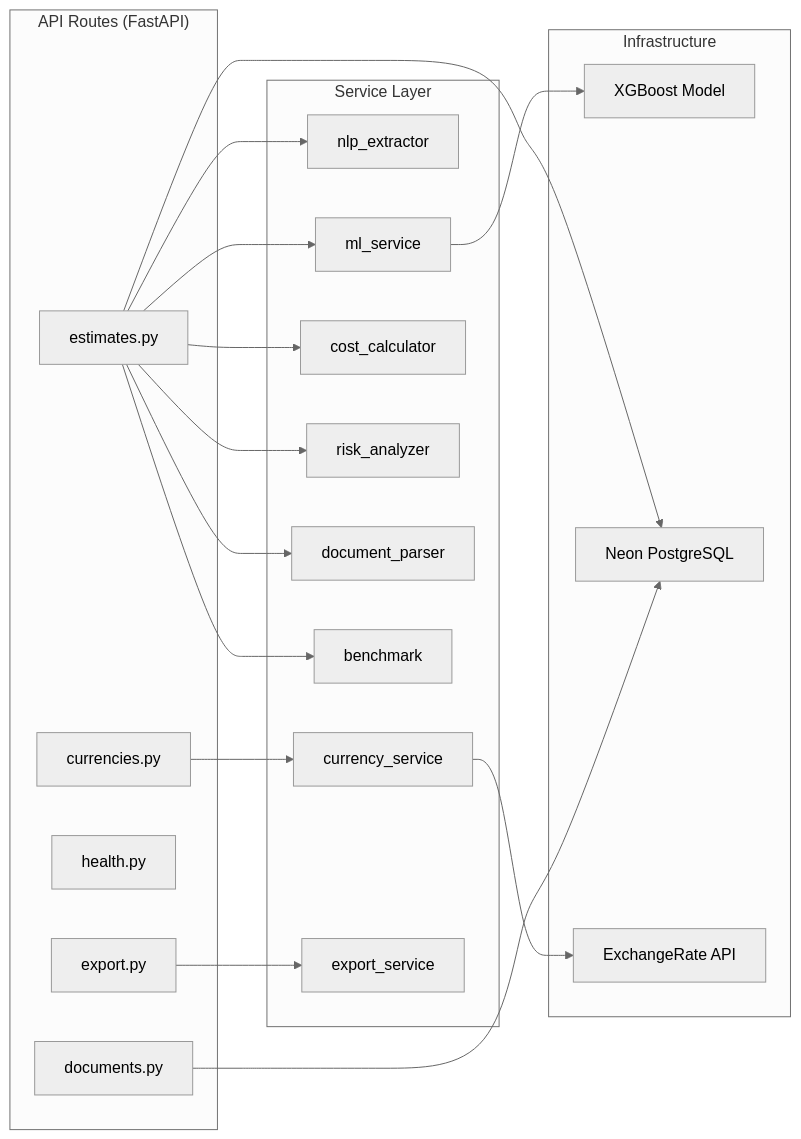
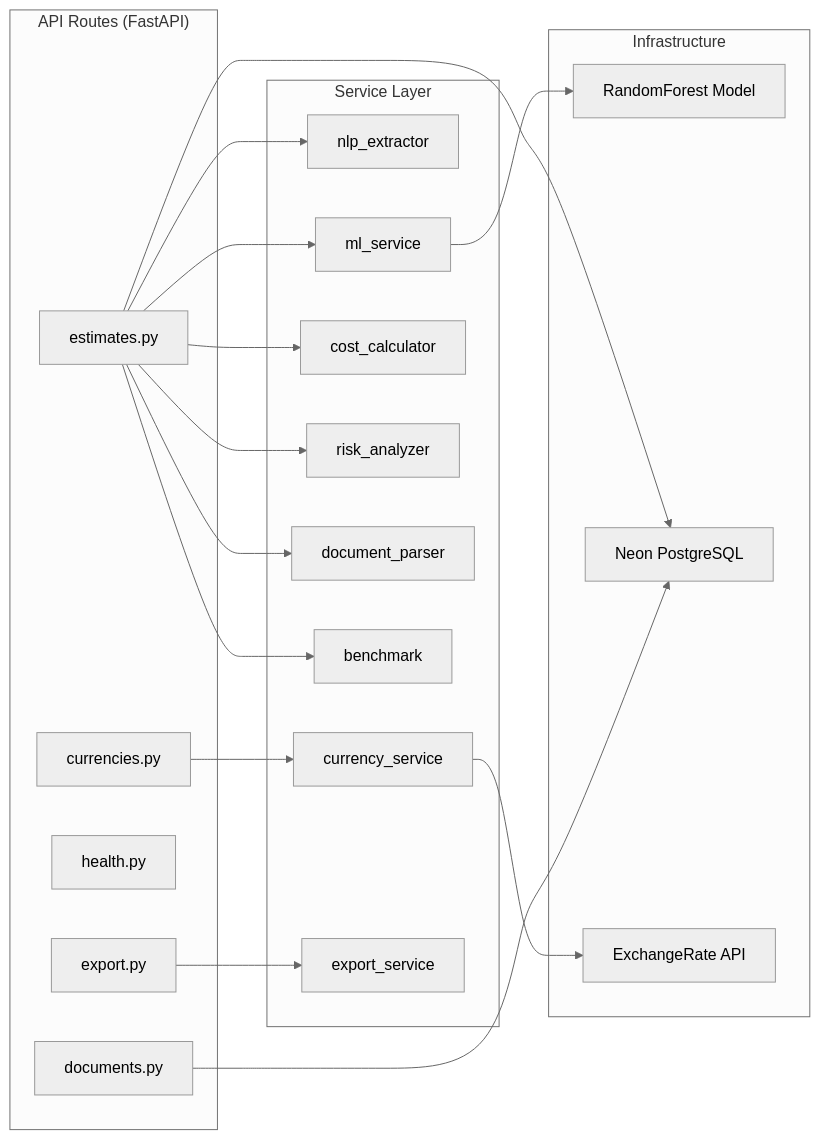
Before and after one commit to AtharvS7/PredictIQ: the seventh of 16 diagrams in docs/walkthrough.md, drawn with Mermaid (neutral theme). The commit also changed other lines of this file, not shown here.

````diff
--- a/docs/walkthrough.md
+++ b/docs/walkthrough.md
@@ -859,35 +873,35 @@
 ```mermaid
 graph LR
     subgraph ROUTES["API Routes (FastAPI)"]
         R1["estimates.py"]
         R2["documents.py"]
         R3["health.py"]
         R4["currencies.py"]
         R5["export.py"]
     end
 
     subgraph SERVICES["Service Layer"]
         S1["nlp_extractor"]
         S2["ml_service"]
         S3["cost_calculator"]
         S4["risk_analyzer"]
         S5["document_parser"]
         S6["benchmark"]
         S7["currency_service"]
         S8["export_service"]
     end
 
     subgraph INFRA["Infrastructure"]
-        I1["XGBoost Model"]
+        I1["RandomForest Model"]
         I2["Neon PostgreSQL"]
         I3["ExchangeRate API"]
     end
 
     R1 --> S1 & S2 & S3 & S4 & S5
     R1 --> S6
     R4 --> S7
     R5 --> S8
     S2 --> I1
     R1 & R2 --> I2
     S7 --> I3
 ```
````
